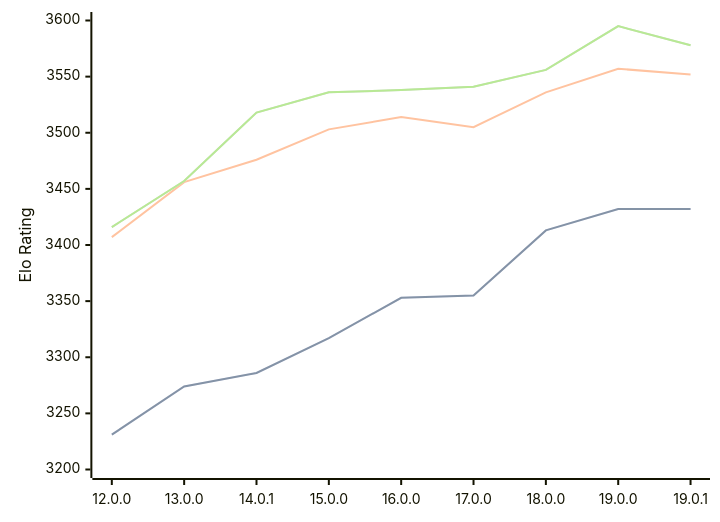
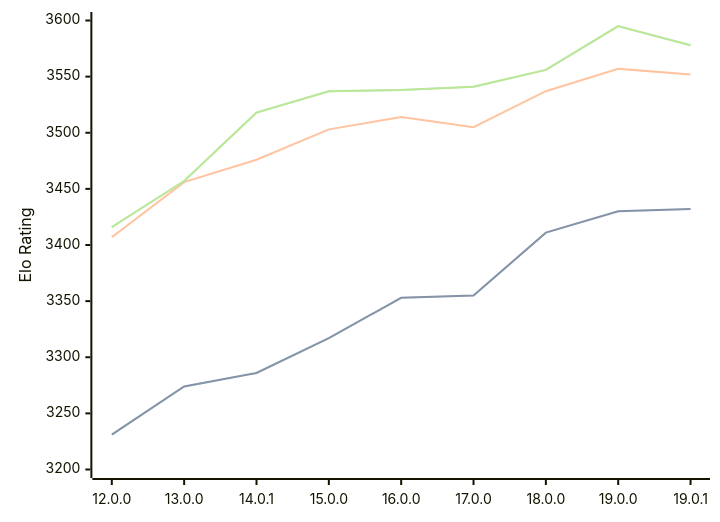
One commit to computer-chess-index/cci changed the diagram in engines/Viridithas.md. Above: the diagram before and after it, drawn with Mermaid. The commit also changed other lines of this file, not shown here.

Commit message:
Update CCI Ratings (ELO VLTC) - 2026-04-04

````diff
--- a/engines/Viridithas.md
+++ b/engines/Viridithas.md
@@ -63,11 +63,11 @@
 ```mermaid
 %%{init: {"theme":"base","themeVariables":{"seriesColors:['#a3a3a3','#222221','#faa371']}}}%%
 xychart-beta
   x-axis ["12.0.0", "13.0.0", "14.0.1", "15.0.0", "16.0.0", "17.0.0", "18.0.0", "19.0.0", "19.0.1"]
   y-axis "Elo Rating" 3200 --> 3600
-  line "STC (8.0+0.08s)" [3231, 3274, 3286, 3317, 3353, 3355, 3413, 3432, 3432]
-  line "STC (8.0+0.08s)" [3231, 3274, 3286, 3317, 3353, 3355, 3413, 3432, 3432]
-  line "LTC (60.0+0.60s)" [3407, 3456, 3476, 3503, 3514, 3505, 3536, 3557, 3552]
-  line "VLTC (2m24s+1.12s)" [3416, 3457, 3518, 3536, 3538, 3541, 3556, 3595, 3578]
-  line "VLTC (2m24s+1.12s)" [3416, 3457, 3518, 3536, 3538, 3541, 3556, 3595, 3578]
+  line "STC (8.0+0.08s)" [3231, 3274, 3286, 3317, 3353, 3355, 3411, 3430, 3432]
+  line "STC (8.0+0.08s)" [3231, 3274, 3286, 3317, 3353, 3355, 3411, 3430, 3432]
+  line "LTC (60.0+0.60s)" [3407, 3456, 3476, 3503, 3514, 3505, 3537, 3557, 3552]
+  line "VLTC (2m24s+1.12s)" [3416, 3457, 3518, 3537, 3538, 3541, 3556, 3595, 3578]
+  line "VLTC (2m24s+1.12s)" [3416, 3457, 3518, 3537, 3538, 3541, 3556, 3595, 3578]
 ```
````
